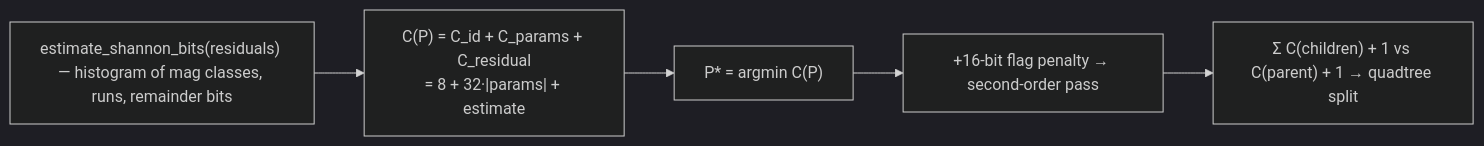
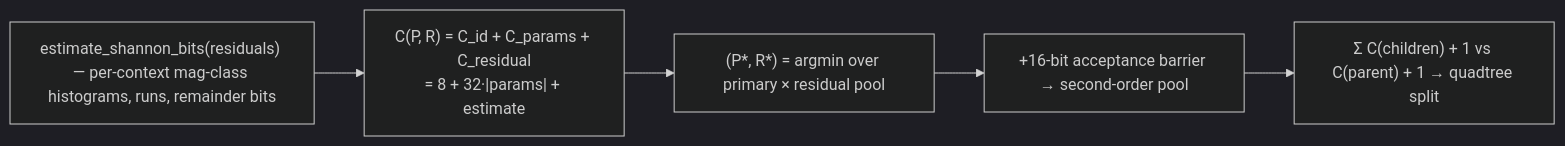
One commit to yashwk/libxtm changed the ninth of 10 diagrams in docs/pipeline.md. Above: the diagram before and after it, drawn with Mermaid (dark theme). The commit also changed other lines of this file and 30 other files, not shown here.

````diff
--- a/docs/pipeline.md
+++ b/docs/pipeline.md
@@ -418,7 +423,7 @@
 ```mermaid
 flowchart LR
-    H["estimate_shannon_bits(residuals) — histogram of mag classes, runs, remainder bits"] --> C["C(P) = C_id + C_params + C_residual<br/>= 8 + 32·|params| + estimate"]
-    C --> MIN["P* = argmin C(P)"]
-    MIN --> SO["+16-bit flag penalty → second-order pass"]
+    H["estimate_shannon_bits(residuals) — per-context mag-class histograms, runs, remainder bits"] --> C["C(P, R) = C_id + C_params + C_residual<br/>= 8 + 32·|params| + estimate"]
+    C --> MIN["(P*, R*) = argmin over primary × residual pool"]
+    MIN --> SO["+16-bit acceptance barrier → second-order pool"]
     SO --> Q["Σ C(children) + 1 vs C(parent) + 1 → quadtree split"]
 ```
````
